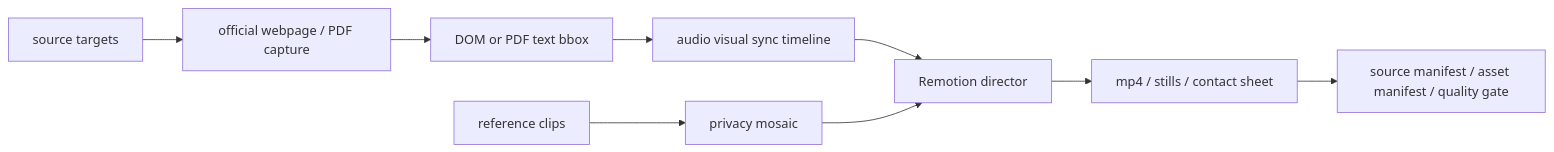
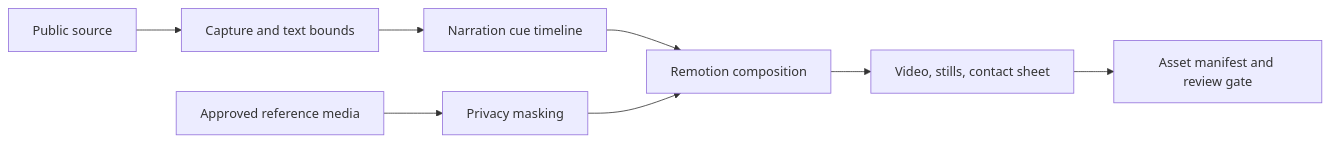
Before and after one commit to agentic-build-lab/evidence-driven-ai-video-workflow: the diagram in readme.md, drawn with Mermaid. The commit also changed other lines of this file and 13 other files, not shown here.

````diff
--- a/readme.md
+++ b/readme.md
@@ -11,11 +7,10 @@
 ```mermaid
 flowchart LR
-  A["source targets"] --> B["official webpage / PDF capture"]
-  B --> C["DOM or PDF text bbox"]
-  C --> D["audio visual sync timeline"]
-  D --> E["Remotion director"]
-  F["reference clips"] --> G["privacy mosaic"]
-  G --> E
-  E --> H["mp4 / stills / contact sheet"]
-  H --> I["source manifest / asset manifest / quality gate"]
+  A["Public source"] --> B["Capture and text bounds"]
+  B --> C["Narration cue timeline"]
+  C --> D["Remotion composition"]
+  E["Approved reference media"] --> F["Privacy masking"]
+  F --> D
+  D --> G["Video, stills, contact sheet"]
+  G --> H["Asset manifest and review gate"]
 ```
````
